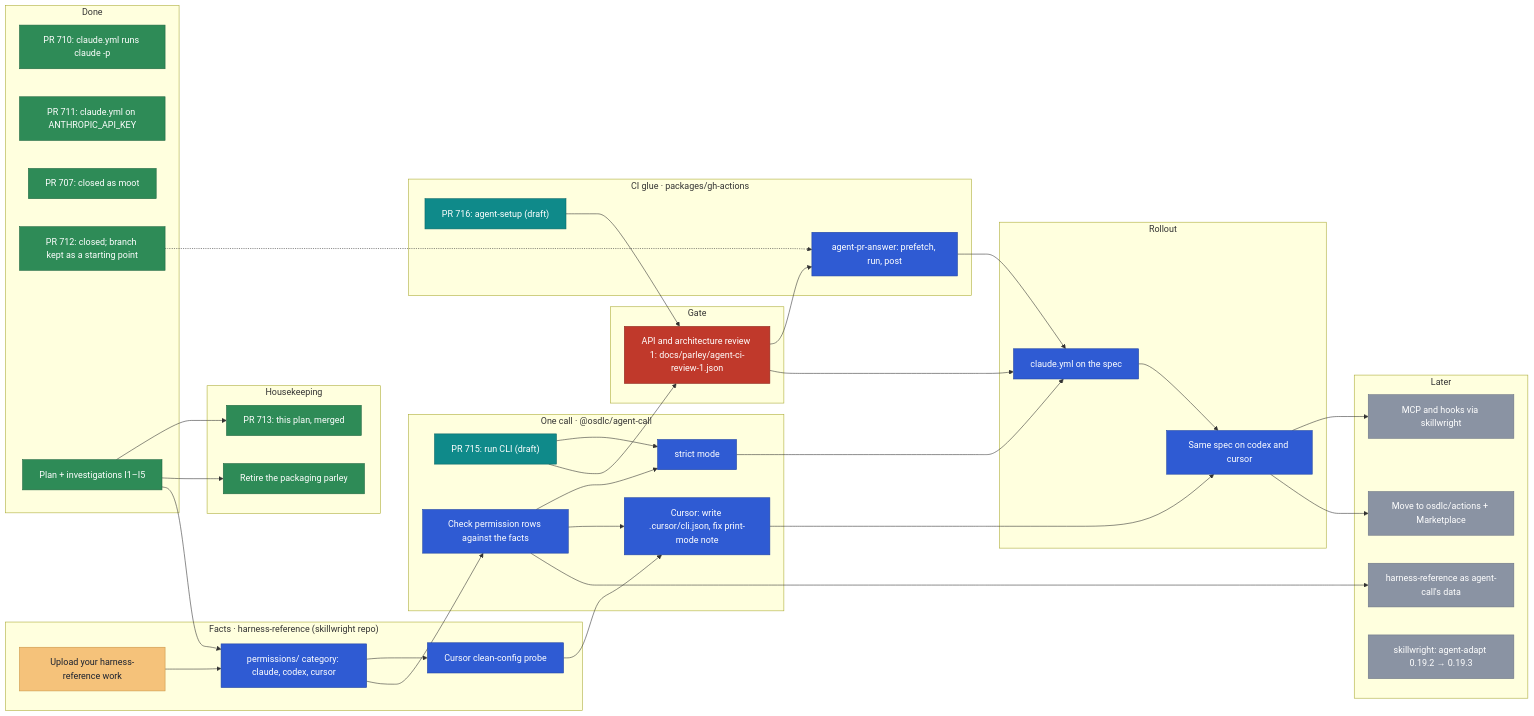
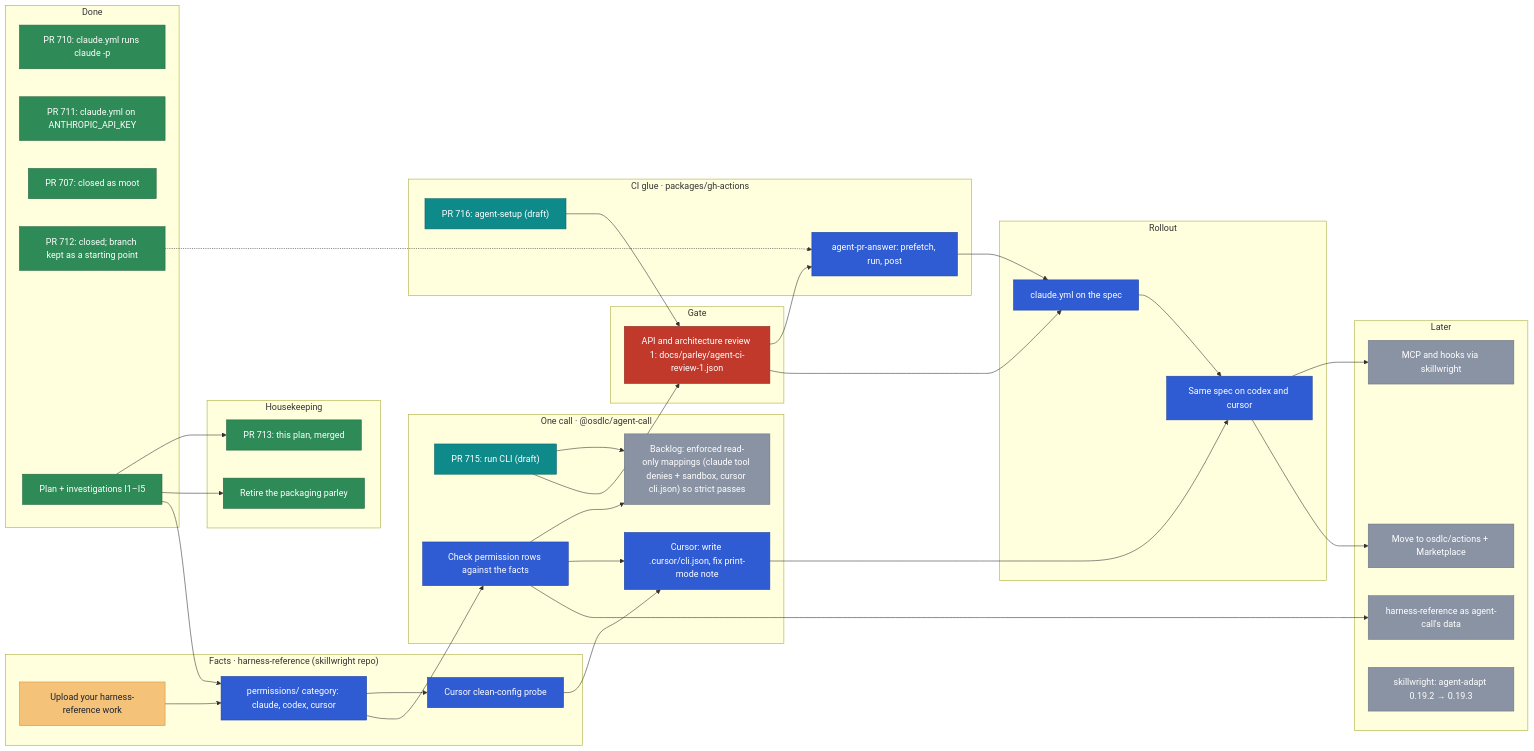
The diagram in docs/planning/agent-ci.md (osdlc/osdlc), drawn with Mermaid before and after one commit. The commit also changed other lines of this file, not shown here.

Commit message:
docs(planning): record the strict decision and backlog enforced read-only

````diff
--- a/docs/planning/agent-ci.md
+++ b/docs/planning/agent-ci.md
@@ -39,81 +39,80 @@
 ```mermaid
 flowchart LR
   subgraph done["Done"]
     W710["PR 710: claude.yml runs claude -p"]
     P711["PR 711: claude.yml on ANTHROPIC_API_KEY"]
     P707["PR 707: closed as moot"]
     P712["PR 712: closed; branch kept as a starting point"]
     PLAN["Plan + investigations I1–I5"]
   end
   subgraph house["Housekeeping"]
     PLANPR["PR 713: this plan, merged"]
     PARLEY["Retire the packaging parley"]
   end
   subgraph facts["Facts · harness-reference (skillwright repo)"]
     UP["Upload your harness-reference work"]
     PERM["permissions/ category: claude, codex, cursor"]
     PROBE["Cursor clean-config probe"]
   end
   subgraph call["One call · @osdlc/agent-call"]
     RUN["PR 715: run CLI (draft)"]
     CHECK["Check permission rows against the facts"]
-    STRICT["strict mode"]
+    STRICT["Backlog: enforced read-only mappings (claude tool denies + sandbox, cursor cli.json) so strict passes"]
     CUR["Cursor: write .cursor/cli.json, fix print-mode note"]
   end
   subgraph gate["Gate"]
     ARCH["API and architecture review 1: docs/parley/agent-ci-review-1.json"]
   end
   subgraph acts["CI glue · packages/gh-actions"]
     SETUP["PR 716: agent-setup (draft)"]
     ANS["agent-pr-answer: prefetch, run, post"]
   end
   subgraph roll["Rollout"]
     SPEC["claude.yml on the spec"]
     MULTI["Same spec on codex and cursor"]
   end
   subgraph later["Later"]
     MCP["MCP and hooks via skillwright"]
     PUB["Move to osdlc/actions + Marketplace"]
     DATA["harness-reference as agent-call's data"]
     PIN["skillwright: agent-adapt 0.19.2 → 0.19.3"]
   end
 
   PLAN --> PLANPR
   PLAN --> PARLEY
   UP --> PERM
   PLAN --> PERM
   PERM --> PROBE
   PERM --> CHECK
   CHECK --> STRICT
   RUN --> STRICT
   PROBE --> CUR
   CHECK --> CUR
   P712 -.-> ANS
   RUN --> ARCH
   SETUP --> ARCH
   ARCH --> ANS
   ARCH --> SPEC
   ANS --> SPEC
-  STRICT --> SPEC
   SPEC --> MULTI
   CUR --> MULTI
   MULTI --> MCP
   MULTI --> PUB
   CHECK --> DATA
 
   classDef done fill:#2e8b57,stroke:#1f6640,color:#ffffff
   classDef review fill:#0f8a8a,stroke:#0a6666,color:#ffffff
   classDef ready fill:#7a4fc2,stroke:#5a3596,color:#ffffff
   classDef blocked fill:#c0392b,stroke:#8e2a20,color:#ffffff
   classDef external fill:#e88fb4,stroke:#b8628a,color:#1b2230
   classDef active fill:#c77d0a,stroke:#94600a,color:#ffffff
   classDef yours fill:#f5c27a,stroke:#c99545,color:#1b2230
   classDef next fill:#2f5bd3,stroke:#2144a3,color:#ffffff
   classDef later fill:#8a93a3,stroke:#6b7384,color:#ffffff
   class W710,P711,P707,P712,PLAN,PARLEY,PLANPR done
   class UP yours
   class ARCH blocked
   class RUN,SETUP review
-  class PERM,PROBE,CHECK,STRICT,CUR,ANS,SPEC,MULTI next
-  class MCP,PUB,DATA,PIN later
+  class PERM,PROBE,CHECK,CUR,ANS,SPEC,MULTI next
+  class MCP,PUB,DATA,PIN,STRICT later
 ```
````
